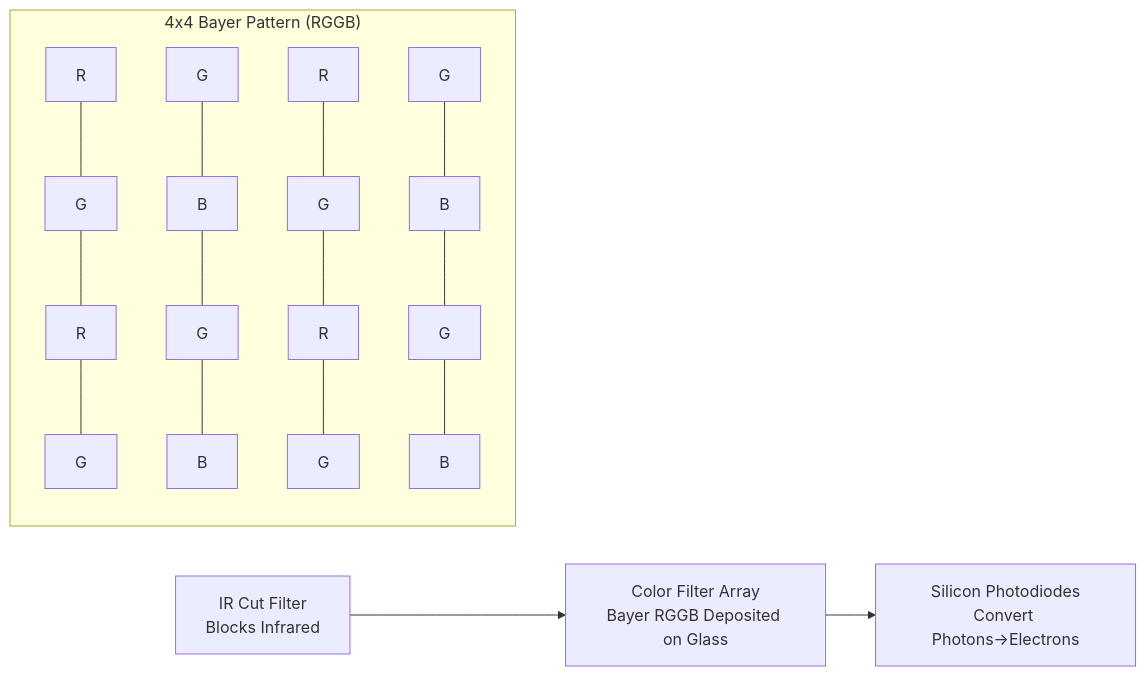
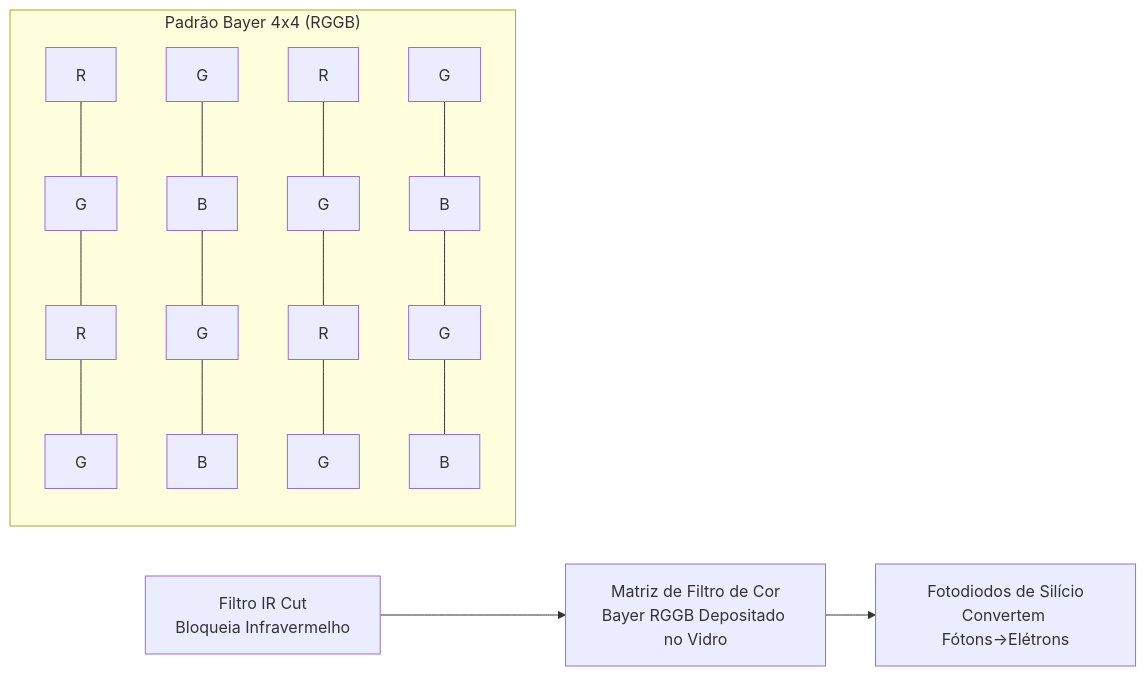
The second of 5 diagrams in website/i18n/pt-BR/docusaurus-plugin-content-docs/current/camera2/understanding-smartphone-cameras.md (zoozooll/AndroidCameraParameters), drawn with Mermaid before and after one commit. The commit also changed other lines of this file and 378 other files, not shown here.

````diff
--- a/website/i18n/pt-BR/docusaurus-plugin-content-docs/current/camera2/understanding-smartphone-cameras.md
+++ b/website/i18n/pt-BR/docusaurus-plugin-content-docs/current/camera2/understanding-smartphone-cameras.md
@@ -103,12 +103,12 @@
 ```mermaid
 graph LR
-    subgraph "4x4 Bayer Pattern (RGGB)"
+    subgraph "Padrão Bayer 4x4 (RGGB)"
         direction TB
         A1[R] --- A2[G] --- A3[R] --- A4[G]
         B1[G] --- B2[B] --- B3[G] --- B4[B]
         C1[R] --- C2[G] --- C3[R] --- C4[G]
         D1[G] --- D2[B] --- D3[G] --- D4[B]
     end
-    E[IR Cut Filter\nBlocks Infrared] --> F[Color Filter Array\nBayer RGGB Deposited on Glass]
-    F --> G[Silicon Photodiodes\nConvert Photons→Electrons]
+    E["Filtro IR Cut<br/>Bloqueia Infravermelho"] --> F["Matriz de Filtro de Cor<br/>Bayer RGGB Depositado no Vidro"]
+    F --> G[Fotodiodos de Silício<br/>Convertem Fótons→Elétrons]
 ```
````
